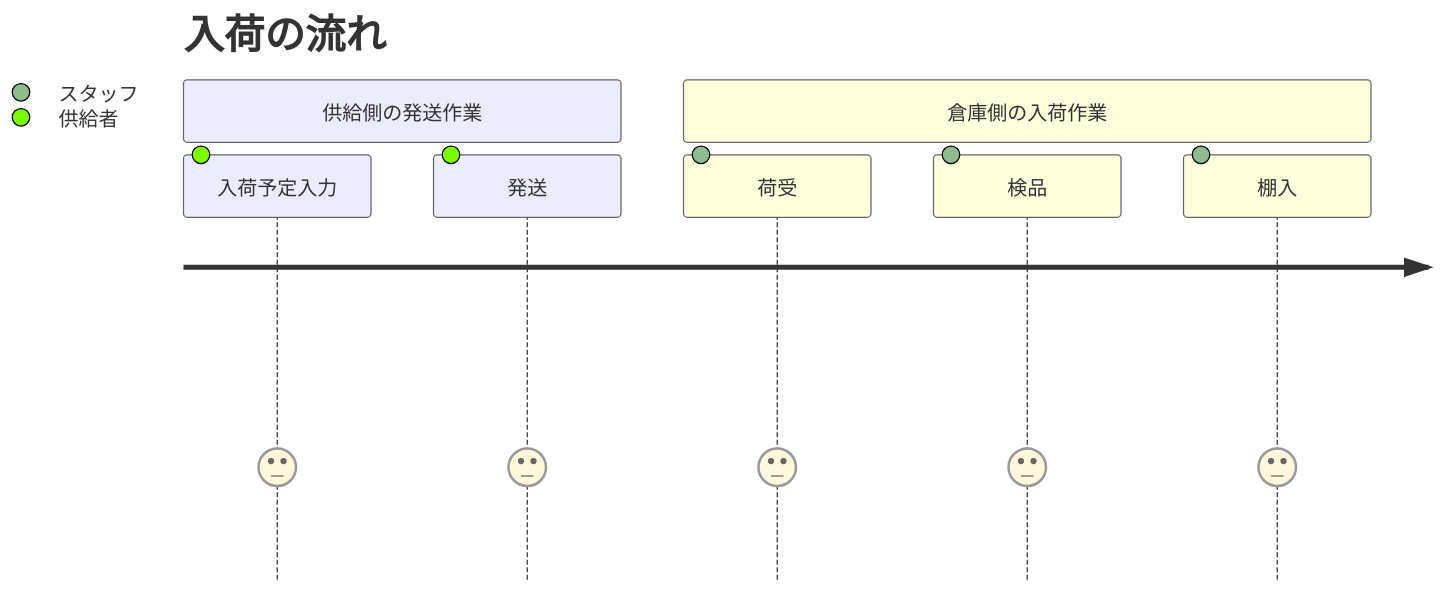
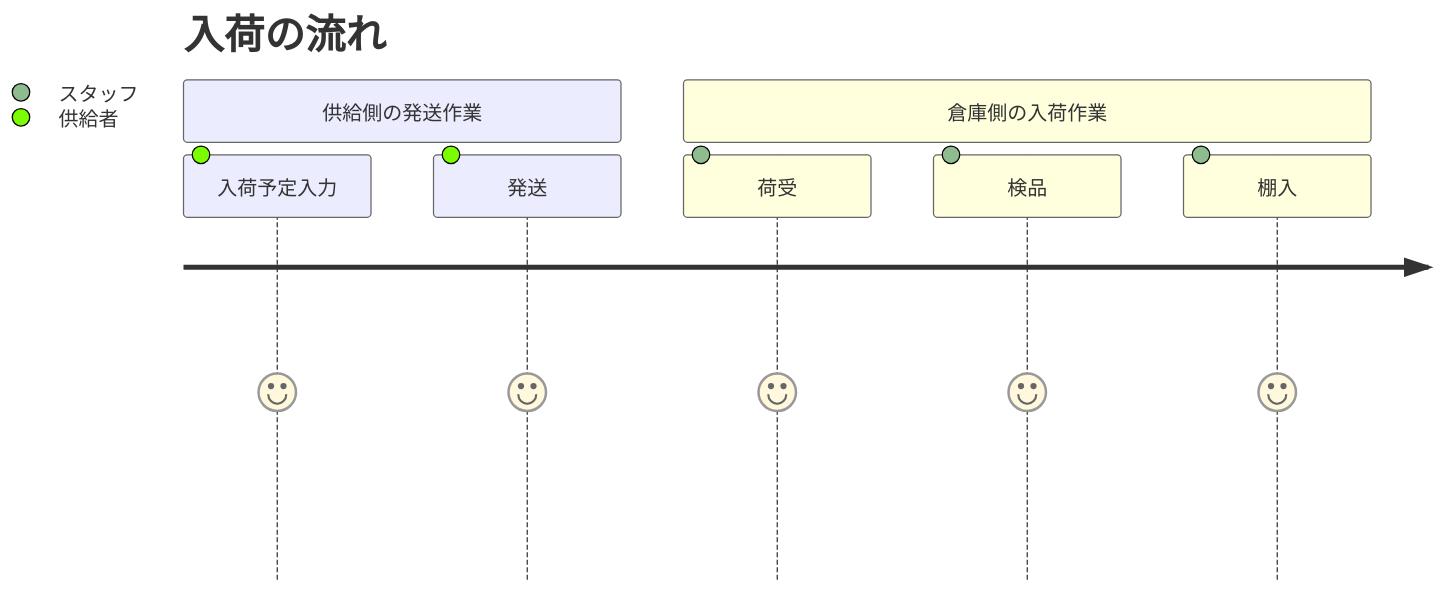
Before and after one commit to aimerzarashi/ts-cqrs-es-v1: the diagram in _document/inbound/journey.md, drawn with Mermaid. The commit also changed 6 other files, not shown here.

Commit message:
📝 The diagram was completely revised.

````diff
--- a/_document/inbound/journey.md
+++ b/_document/inbound/journey.md
@@ -1,11 +1,11 @@
 ```mermaid
 journey
     title 入荷の流れ
     section 供給側の発送作業
-      入荷予定入力: 3: 供給者
-      発送: 3: 供給者
+      入荷予定入力: 5: 供給者
+      発送: 5: 供給者
     section 倉庫側の入荷作業
-      荷受: 3: スタッフ
-      検品: 3: スタッフ
-      棚入: 3: スタッフ
+      荷受: 5: スタッフ
+      検品: 5: スタッフ
+      棚入: 5: スタッフ
 ```
````
